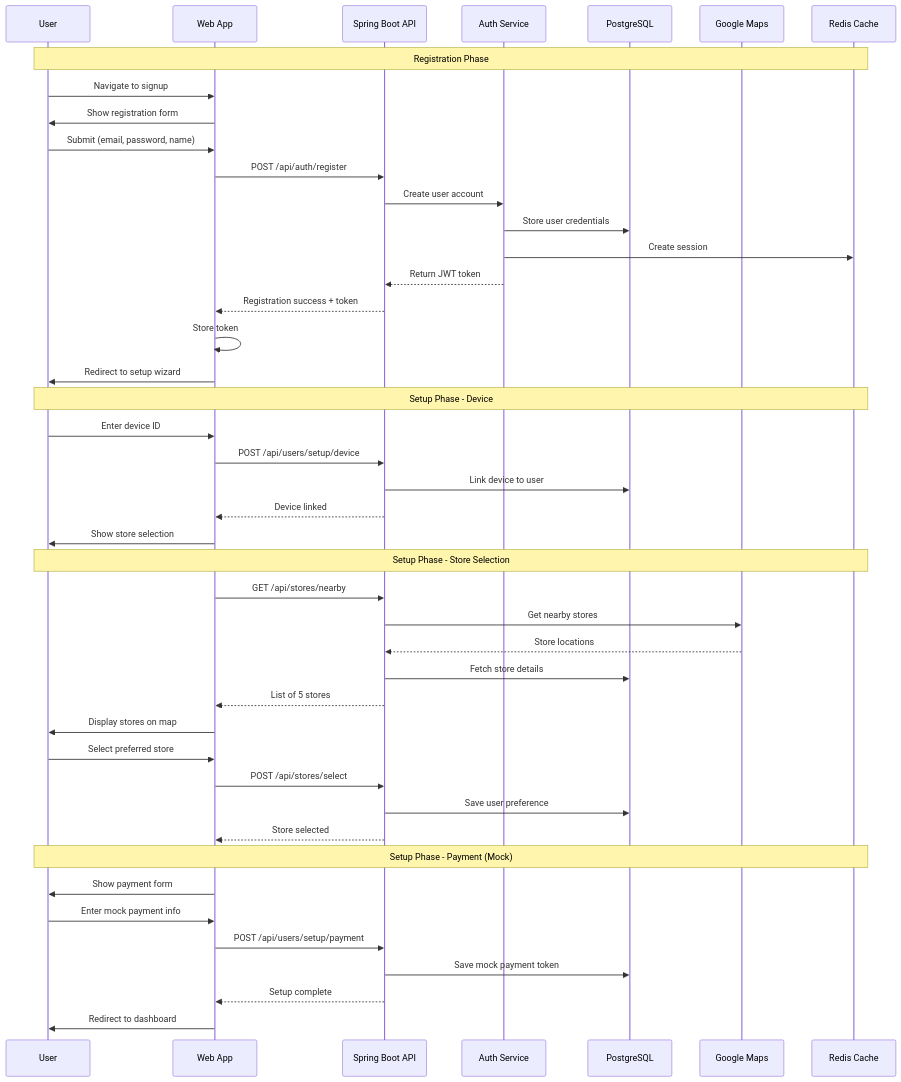
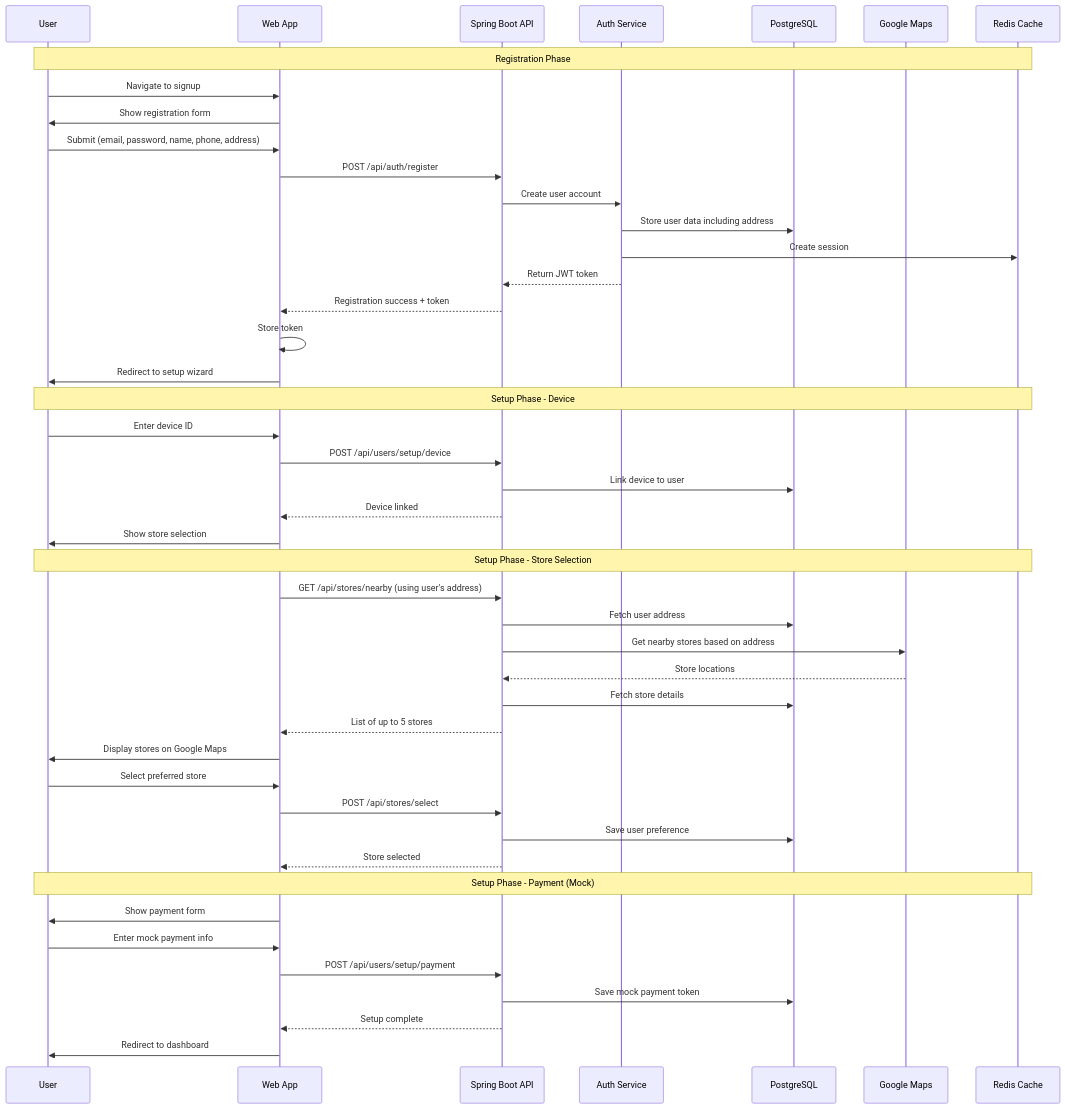
The second of 10 diagrams in docs/architecture/data-flow-diagrams.md (Software-Technical-Training/cursor-cluade4-project1), drawn with Mermaid before and after one commit. The commit also changed 2 other files, not shown here.

Commit message:
Fix user registration flow to require phone and address
- Made phone and address required fields in GraphQL schema
- Updated REST API documentation to show all required fields
- Updated registration flow to show address is collected upfront
- Clarified that address is used for showing nearby stores on Google Maps
- Updated sequence diagrams to reflect complete registration process

````diff
--- a/docs/architecture/data-flow-diagrams.md
+++ b/docs/architecture/data-flow-diagrams.md
@@ -92,50 +92,51 @@
 ```mermaid
 sequenceDiagram
     participant U as User
     participant W as Web App
     participant API as Spring Boot API
     participant AUTH as Auth Service
     participant DB as PostgreSQL
     participant MAPS as Google Maps
     participant REDIS as Redis Cache
     
     Note over U,REDIS: Registration Phase
     U->>W: Navigate to signup
     W->>U: Show registration form
-    U->>W: Submit (email, password, name)
+    U->>W: Submit (email, password, name, phone, address)
     W->>API: POST /api/auth/register
     API->>AUTH: Create user account
-    AUTH->>DB: Store user credentials
+    AUTH->>DB: Store user data including address
     AUTH->>REDIS: Create session
     AUTH-->>API: Return JWT token
     API-->>W: Registration success + token
     W->>W: Store token
     W->>U: Redirect to setup wizard
     
     Note over U,REDIS: Setup Phase - Device
     U->>W: Enter device ID
     W->>API: POST /api/users/setup/device
     API->>DB: Link device to user
     API-->>W: Device linked
     W->>U: Show store selection
     
     Note over U,REDIS: Setup Phase - Store Selection
-    W->>API: GET /api/stores/nearby
-    API->>MAPS: Get nearby stores
+    W->>API: GET /api/stores/nearby (using user's address)
+    API->>DB: Fetch user address
+    API->>MAPS: Get nearby stores based on address
     MAPS-->>API: Store locations
     API->>DB: Fetch store details
-    API-->>W: List of 5 stores
-    W->>U: Display stores on map
+    API-->>W: List of up to 5 stores
+    W->>U: Display stores on Google Maps
     U->>W: Select preferred store
     W->>API: POST /api/stores/select
     API->>DB: Save user preference
     API-->>W: Store selected
     
     Note over U,REDIS: Setup Phase - Payment (Mock)
     W->>U: Show payment form
     U->>W: Enter mock payment info
     W->>API: POST /api/users/setup/payment
     API->>DB: Save mock payment token
     API-->>W: Setup complete
     W->>U: Redirect to dashboard
 ```
````
